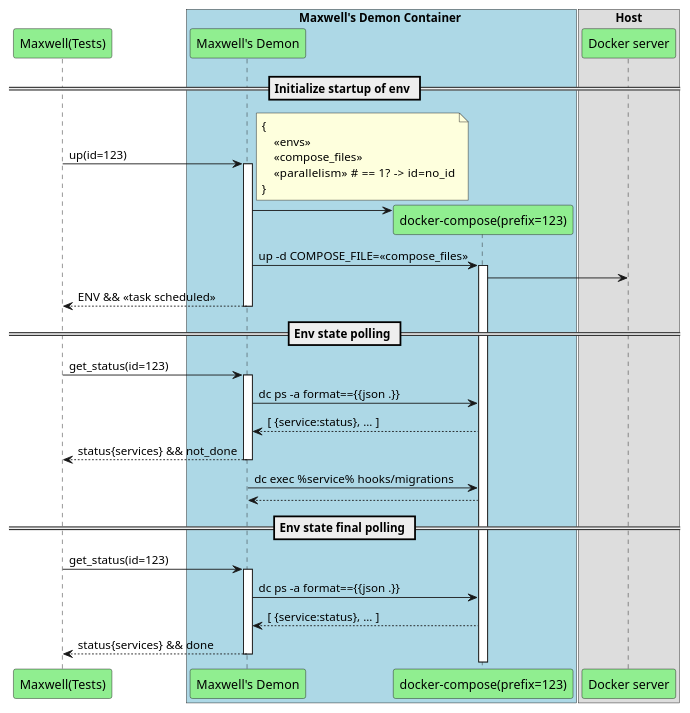
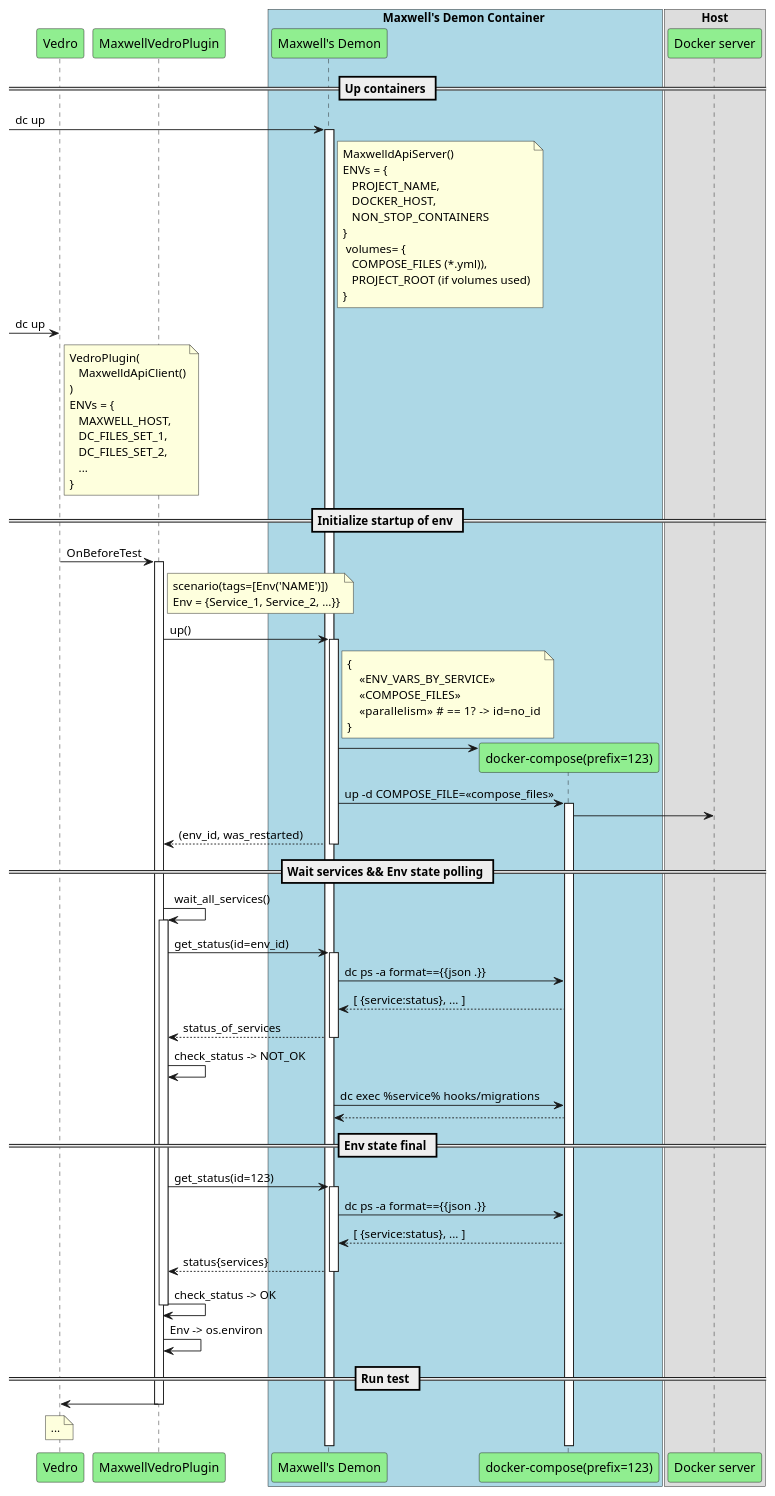
The diagram in ARCH.puml (ko10ok/maxwelld), drawn with PlantUML before and after one commit. The commit also changed 1 other file, not shown here.

```diff
--- a/ARCH.puml
+++ b/ARCH.puml
@@ -1,63 +1,102 @@
 @startuml
-participant "Maxwell(Tests)" #lightgreen
-
-
+participant Vedro #lightgreen
+participant MaxwellVedroPlugin #lightgreen
 box Maxwell's Demon Container #lightblue
 participant "Maxwell's Demon" #lightgreen
 
+
+
+== Up containers ==
+
+[-> "Maxwell's Demon": dc up
+activate "Maxwell's Demon"
+note right "Maxwell's Demon": MaxwelldApiServer() \nENVs = {\n   PROJECT_NAME, \n   DOCKER_HOST, \n   NON_STOP_CONTAINERS\n} \n volumes= {\n   COMPOSE_FILES (*.yml)), \n   PROJECT_ROOT (if volumes used)\n}
+
+[-> Vedro: dc up
+note right Vedro: VedroPlugin(\n   MaxwelldApiClient()\n) \nENVs = {\n   MAXWELL_HOST, \n   DC_FILES_SET_1,\n   DC_FILES_SET_2, \n   ...\n}
+
+
+
 == Initialize startup of env ==
 
-"Maxwell(Tests)" -> "Maxwell's Demon" : up(id=123)
-note right
+Vedro -> MaxwellVedroPlugin: OnBeforeTest
+
+note right  MaxwellVedroPlugin : scenario(tags=[Env('NAME')])\nEnv = {Service_1, Service_2, ...}}
+activate MaxwellVedroPlugin
+
+MaxwellVedroPlugin -> "Maxwell's Demon" : up()
+note right "Maxwell's Demon"
 {
-    << envs >>
-    << compose_files >>
+    << ENV_VARS_BY_SERVICE >>
+    << COMPOSE_FILES >>
     << parallelism >> # == 1?  ->  id=no_id
 }
 end note
 activate "Maxwell's Demon"
 
 
 participant "docker-compose(prefix=123)" #lightgreen
+end box
+
 "Maxwell's Demon" -> "docker-compose(prefix=123)" **:
 
 "Maxwell's Demon" -> "docker-compose(prefix=123)": up -d COMPOSE_FILE=<< compose_files >>
 activate "docker-compose(prefix=123)"
 
 box Host
 participant "Docker server" #lightgreen
 end box
 
 "docker-compose(prefix=123)" -> "Docker server"
 
-"Maxwell(Tests)" <-- "Maxwell's Demon" : ENV && << task scheduled >>
+MaxwellVedroPlugin <-- "Maxwell's Demon" : (env_id, was_restarted)
 deactivate "Maxwell's Demon"
 
 
-== Env state polling ==
 
-"Maxwell(Tests)" -> "Maxwell's Demon" : get_status(id=123)
+== Wait services && Env state polling ==
+
+
+MaxwellVedroPlugin -> MaxwellVedroPlugin: wait_all_services()
+activate MaxwellVedroPlugin
+
+MaxwellVedroPlugin -> "Maxwell's Demon" : get_status(id=env_id)
 activate "Maxwell's Demon"
 
 "Maxwell's Demon" -> "docker-compose(prefix=123)" : dc ps -a format=={{json .}}
 "Maxwell's Demon" <-- "docker-compose(prefix=123)" : [ {service:status}, ... ]
 
-return status{services} && not_done
+return status_of_services
 
+MaxwellVedroPlugin -> MaxwellVedroPlugin: check_status -> NOT_OK
 
 "Maxwell's Demon" -> "docker-compose(prefix=123)": dc exec %service% hooks/migrations
 
 "Maxwell's Demon" <-- "docker-compose(prefix=123)"
 
 
 
-== Env state final polling ==
+== Env state final ==
 
-"Maxwell(Tests)" -> "Maxwell's Demon" : get_status(id=123)
+MaxwellVedroPlugin -> "Maxwell's Demon" : get_status(id=123)
 activate "Maxwell's Demon"
 
 "Maxwell's Demon" -> "docker-compose(prefix=123)" : dc ps -a format=={{json .}}
 "Maxwell's Demon" <-- "docker-compose(prefix=123)" : [ {service:status}, ... ]
 
-return status{services} && done
+return status{services}
+
+MaxwellVedroPlugin -> MaxwellVedroPlugin: check_status -> OK
+deactivate MaxwellVedroPlugin
+
+
+MaxwellVedroPlugin -> MaxwellVedroPlugin: Env -> os.environ
+
+
+== Run test ==
+
+
+MaxwellVedroPlugin -> Vedro:
+deactivate MaxwellVedroPlugin
+note over Vedro: ...
 @enduml
```
